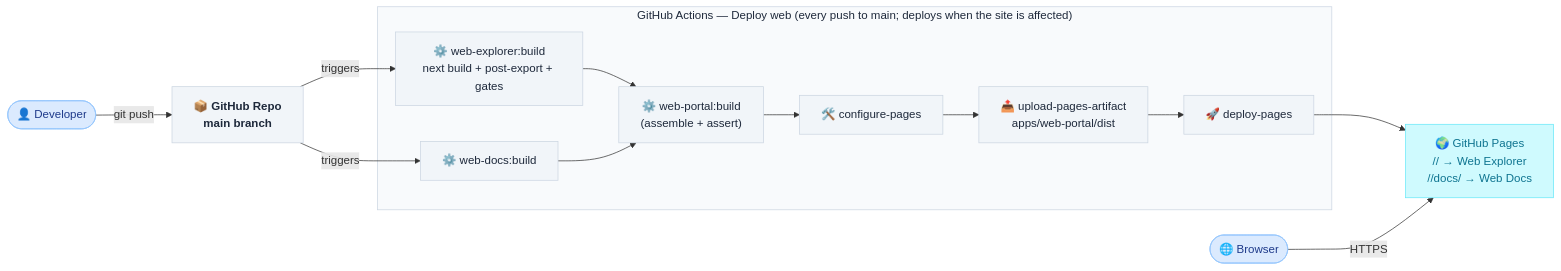
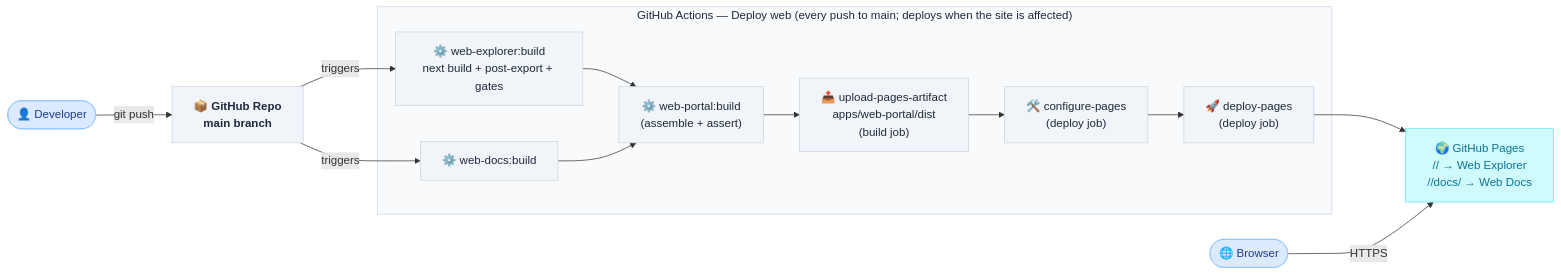
One commit to DataArt/artisyn-implementation-harness changed the diagram in docs/Target Architecture (HLD)/v1/System Overview.md. Above: the diagram before and after it, drawn with Mermaid. The commit also changed other lines of this file and 26 other files, not shown here.

Commit message:
docs(web-explorer): describe the next.js static export, agent interface, build gates and wcag ratchet

````diff
--- a/docs/Target Architecture (HLD)/v1/System Overview.md
+++ b/docs/Target Architecture (HLD)/v1/System Overview.md
@@ -35,34 +35,33 @@
 ```mermaid
 flowchart LR
     Dev(["👤 Developer"]):::client
     Browser(["🌐 Browser"]):::client
 
     GH["📦 GitHub Repo\nmain branch"]:::repo
 
     subgraph CI_BOX ["  GitHub Actions — Deploy web (every push to main; deploys when the site is affected)  "]
         EXP_BUILD["⚙️ web-explorer:build\nnext build + post-export + gates"]:::ci
         DOCS_BUILD["⚙️ web-docs:build"]:::ci
         PORTAL_BUILD["⚙️ web-portal:build\n(assemble + assert)"]:::ci
-        CFGP["🛠️ configure-pages"]:::ci
-        UPLOAD["📤 upload-pages-artifact\napps/web-portal/dist"]:::ci
-        DEPLOY["🚀 deploy-pages"]:::ci
+        UPLOAD["📤 upload-pages-artifact\napps/web-portal/dist\n(build job)"]:::ci
+        CFGP["🛠️ configure-pages\n(deploy job)"]:::ci
+        DEPLOY["🚀 deploy-pages\n(deploy job)"]:::ci
     end
 
     PAGES["🌍 GitHub Pages\n/<repo>/ → Web Explorer\n/<repo>/docs/ → Web Docs"]:::pages
 
     Dev -->|"git push"| GH
     GH -->|"triggers"| EXP_BUILD
     GH -->|"triggers"| DOCS_BUILD
     EXP_BUILD --> PORTAL_BUILD
     DOCS_BUILD --> PORTAL_BUILD
-    PORTAL_BUILD --> CFGP --> UPLOAD --> DEPLOY
+    PORTAL_BUILD --> UPLOAD --> CFGP --> DEPLOY
     DEPLOY --> PAGES
     Browser -->|"HTTPS"| PAGES
-
     classDef client fill:#DBEAFE,stroke:#93C5FD,color:#1E3A8A
     classDef repo   fill:#F1F5F9,stroke:#CBD5E1,color:#1E293B,font-weight:bold
     classDef ci     fill:#F1F5F9,stroke:#CBD5E1,color:#1E293B
     classDef pages  fill:#CFFAFE,stroke:#67E8F9,color:#0E7490
 
     style CI_BOX fill:#F8FAFC,stroke:#CBD5E1,color:#1E293B
 ```
````
